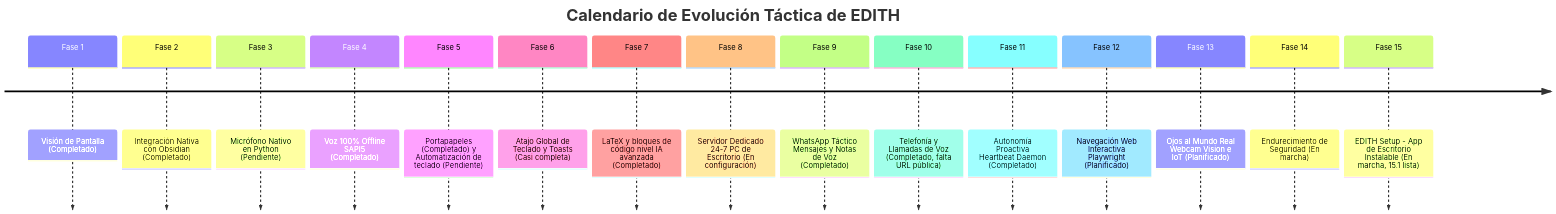
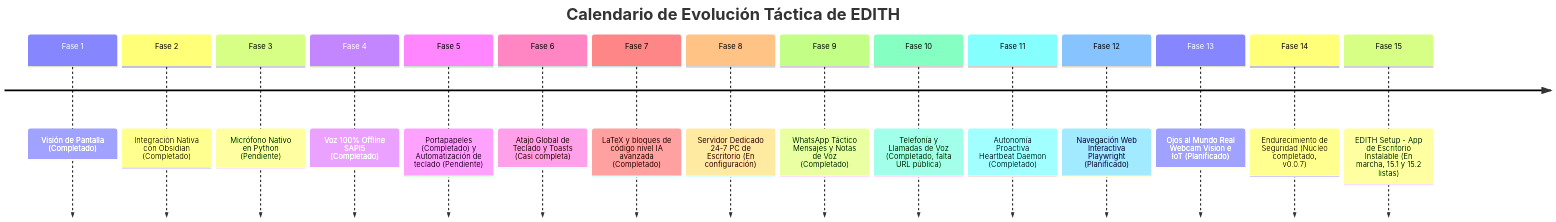
Before and after one commit to SantirokcanX/E.D.I.T.H: the second of 2 diagrams in EDITH_p/Plan de Cambios y Evolución de EDITH.md, drawn with Mermaid. The commit also changed other lines of this file and 7 other files, not shown here.

````diff
--- a/EDITH_p/Plan de Cambios y Evolución de EDITH.md
+++ b/EDITH_p/Plan de Cambios y Evolución de EDITH.md
@@ -115,19 +115,19 @@
 ```mermaid
 timeline
     title Calendario de Evolución Táctica de EDITH
     Fase 1 : Visión de Pantalla (Completado)
     Fase 2 : Integración Nativa con Obsidian (Completado)
     Fase 3 : Micrófono Nativo en Python (Pendiente)
     Fase 4 : Voz 100% Offline SAPI5 (Completado)
     Fase 5 : Portapapeles (Completado) y Automatización de teclado (Pendiente)
     Fase 6 : Atajo Global de Teclado y Toasts (Casi completa)
     Fase 7 : LaTeX y bloques de código nivel IA avanzada (Completado)
     Fase 8 : Servidor Dedicado 24-7 PC de Escritorio (En configuración)
     Fase 9 : WhatsApp Táctico Mensajes y Notas de Voz (Completado)
     Fase 10 : Telefonía y Llamadas de Voz (Completado, falta URL pública)
     Fase 11 : Autonomía Proactiva Heartbeat Daemon (Completado)
     Fase 12 : Navegación Web Interactiva Playwright (Planificado)
     Fase 13 : Ojos al Mundo Real Webcam Vision e IoT (Planificado)
-    Fase 14 : Endurecimiento de Seguridad (En marcha)
-    Fase 15 : EDITH Setup - App de Escritorio Instalable (En marcha, 15.1 lista)
+    Fase 14 : Endurecimiento de Seguridad (Núcleo completado, v0.0.7)
+    Fase 15 : EDITH Setup - App de Escritorio Instalable (En marcha, 15.1 y 15.2 listas)
 ```
````
